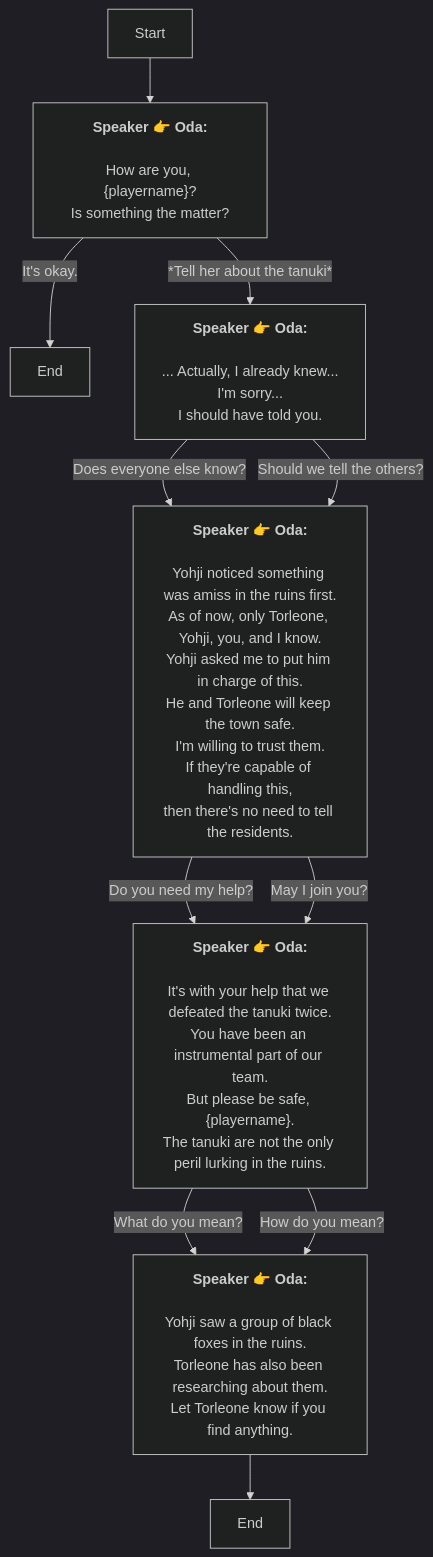
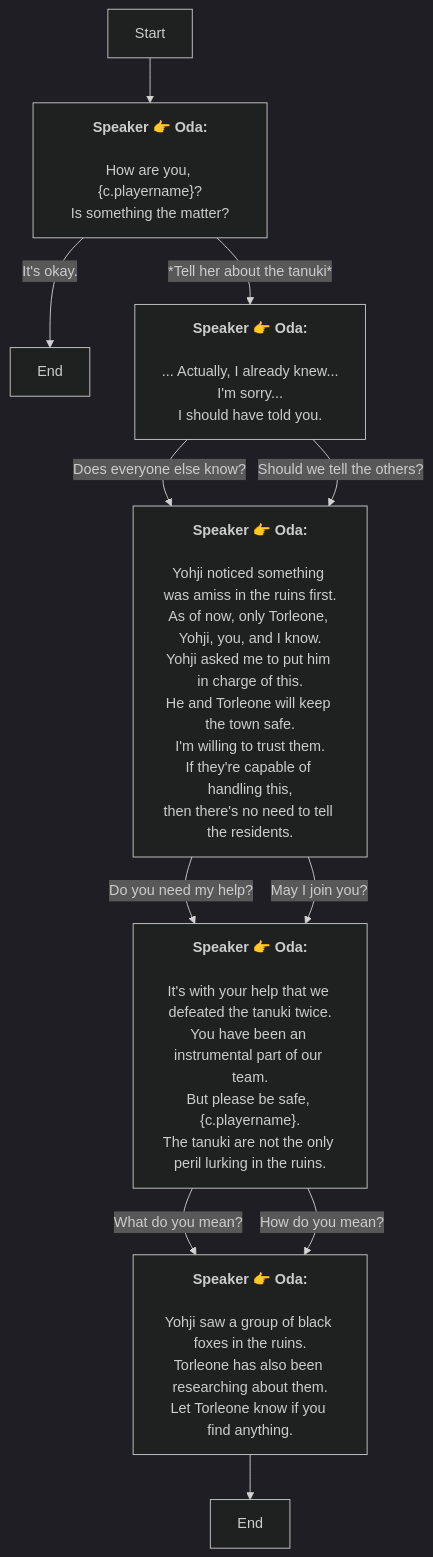
The diagram in En/QuestTalkObjectiveNode_1761994347035271.md (SoftHu/tos_avg), drawn with Mermaid (dark theme) before and after one commit. The commit also changed 410 other files, not shown here.

````diff
--- a/En/QuestTalkObjectiveNode_1761994347035271.md
+++ b/En/QuestTalkObjectiveNode_1761994347035271.md
@@ -1,39 +1,39 @@
 ```mermaid
 graph
 Start -->1761994565016202[<b>Speaker 👉 Oda:</b>
-\nHow are you, &lbrace;playername&rbrace;?
+\nHow are you, &lbrace;c.playername&rbrace;?
 Is something the matter?]
 1761994565016202 -->|It's okay.|1761995118851729[End]
 1761994565016202 -->|*Tell her about the tanuki*|1761995505944210[<b>Speaker 👉 Oda:</b>
 \n... Actually, I already knew...
 I'm sorry...
 I should have told you.]
 1761995505944210 -->|Does everyone else know?|1761995693570712[<b>Speaker 👉 Oda:</b>
 \nYohji noticed something was amiss in the ruins first.
 As of now, only Torleone, Yohji, you, and I know.\nYohji asked me to put him in charge of this.
 He and Torleone will keep the town safe.\nI'm willing to trust them.
 If they're capable of handling this,
 then there's no need to tell the residents.]
 1761995505944210 -->|Should we tell the others?|1761995693570712[<b>Speaker 👉 Oda:</b>
 \nYohji noticed something was amiss in the ruins first.
 As of now, only Torleone, Yohji, you, and I know.\nYohji asked me to put him in charge of this.
 He and Torleone will keep the town safe.\nI'm willing to trust them.
 If they're capable of handling this,
 then there's no need to tell the residents.]
 1761995693570712 -->|Do you need my help?|1761996012354207[<b>Speaker 👉 Oda:</b>
 \nIt's with your help that we defeated the tanuki twice.
-You have been an instrumental part of our team.\nBut please be safe, &lbrace;playername&rbrace;.
+You have been an instrumental part of our team.\nBut please be safe, &lbrace;c.playername&rbrace;.
 The tanuki are not the only peril lurking in the ruins.]
 1761995693570712 -->|May I join you?|1761996012354207[<b>Speaker 👉 Oda:</b>
 \nIt's with your help that we defeated the tanuki twice.
-You have been an instrumental part of our team.\nBut please be safe, &lbrace;playername&rbrace;.
+You have been an instrumental part of our team.\nBut please be safe, &lbrace;c.playername&rbrace;.
 The tanuki are not the only peril lurking in the ruins.]
 1761996012354207 -->|What do you mean?|1761996076811946[<b>Speaker 👉 Oda:</b>
 \nYohji saw a group of black foxes in the ruins.
 Torleone has also been researching about them.\nLet Torleone know if you find anything.]
 1761996012354207 -->|How do you mean?|1761996076811946[<b>Speaker 👉 Oda:</b>
 \nYohji saw a group of black foxes in the ruins.
 Torleone has also been researching about them.\nLet Torleone know if you find anything.]
 1761996076811946 -->1761995115106960[End]
 
 ```
````
